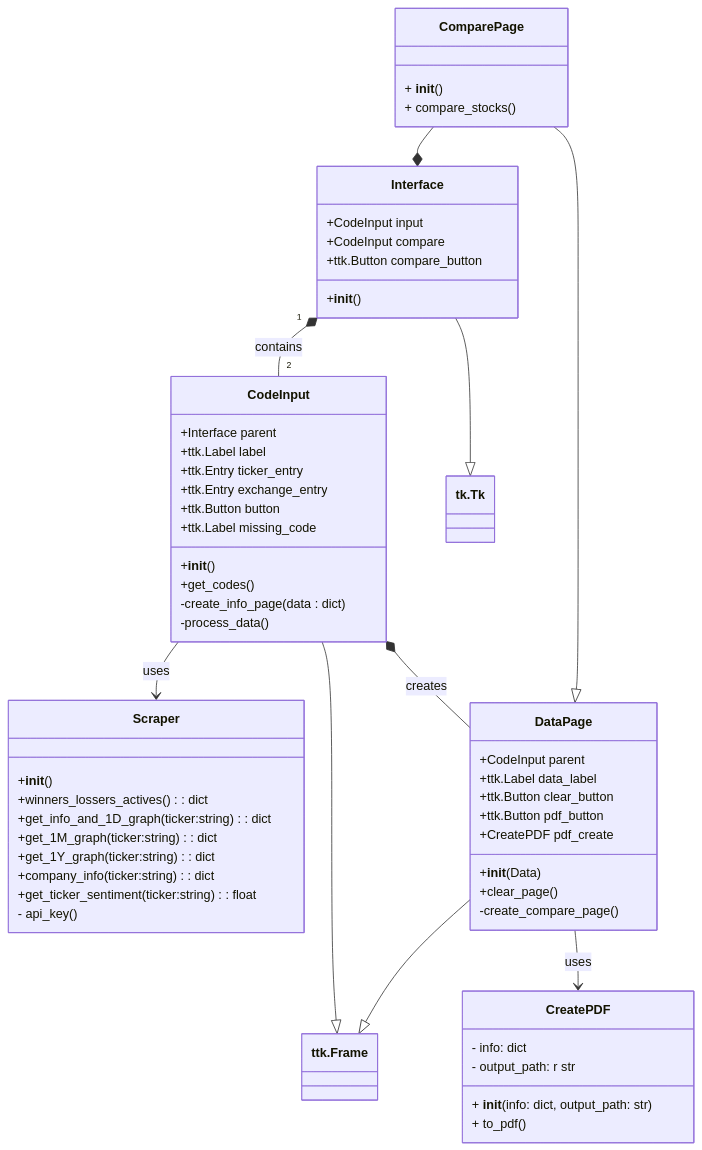
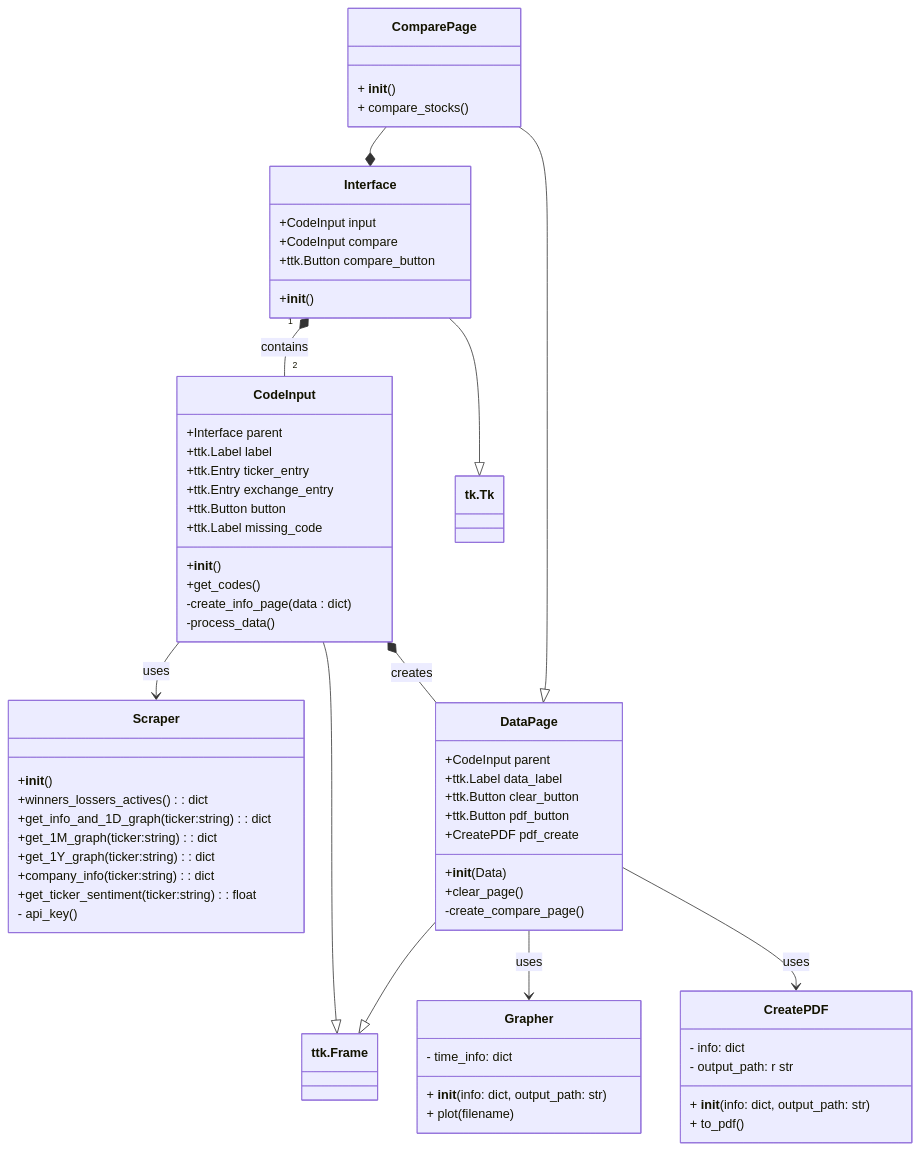
One commit to AndrevLare/Stock-Dealer changed the diagram in README.md. Above: the diagram before and after it, drawn with Mermaid.

Commit message:
Update classdiagram

````diff
--- a/README.md
+++ b/README.md
@@ -13,69 +13,76 @@
 ```mermaid
 
 classDiagram
 
     class Interface {
         +CodeInput input
         +CodeInput compare
         +ttk.Button compare_button
         +__init__()
     }
 
     class CodeInput {
         +Interface parent
         +ttk.Label label
         +ttk.Entry ticker_entry
         +ttk.Entry exchange_entry
         +ttk.Button button
         +ttk.Label missing_code
         +__init__()
         +get_codes()
         -create_info_page(data : dict)
         -process_data()
     }
 
 class Scraper {
         +__init__()
         +winners_lossers_actives(): dict
         +get_info_and_1D_graph(ticker:string): dict
         +get_1M_graph(ticker:string): dict
         +get_1Y_graph(ticker:string): dict
         +company_info(ticker:string): dict
         +get_ticker_sentiment(ticker:string): float
         - api_key()
     }
 
     class DataPage {
         +CodeInput parent
         +ttk.Label data_label
         +ttk.Button clear_button
         +ttk.Button pdf_button
         +CreatePDF pdf_create
         +__init__(Data)
         +clear_page()
         -create_compare_page()
     }
 
     class ComparePage {
         + __init__()
         + compare_stocks()
     }
 
     class CreatePDF {
         - info: dict
         - output_path: r str
         + __init__(info: dict, output_path: str)
         + to_pdf()
     }
 
+    class Grapher {
+        - time_info: dict
+        + __init__(info: dict, output_path: str)
+        + plot(filename)
+    }
+
     Interface "1" *-- "2" CodeInput: contains
 
     Interface --|> tk.Tk
     CodeInput --> Scraper: uses
     CodeInput *-- DataPage: creates
     DataPage --> CreatePDF: uses
+    DataPage --> Grapher: uses
     CodeInput --|> ttk.Frame
     ComparePage --|> DataPage
     DataPage --|> ttk.Frame
     ComparePage --* Interface
 ```
````
